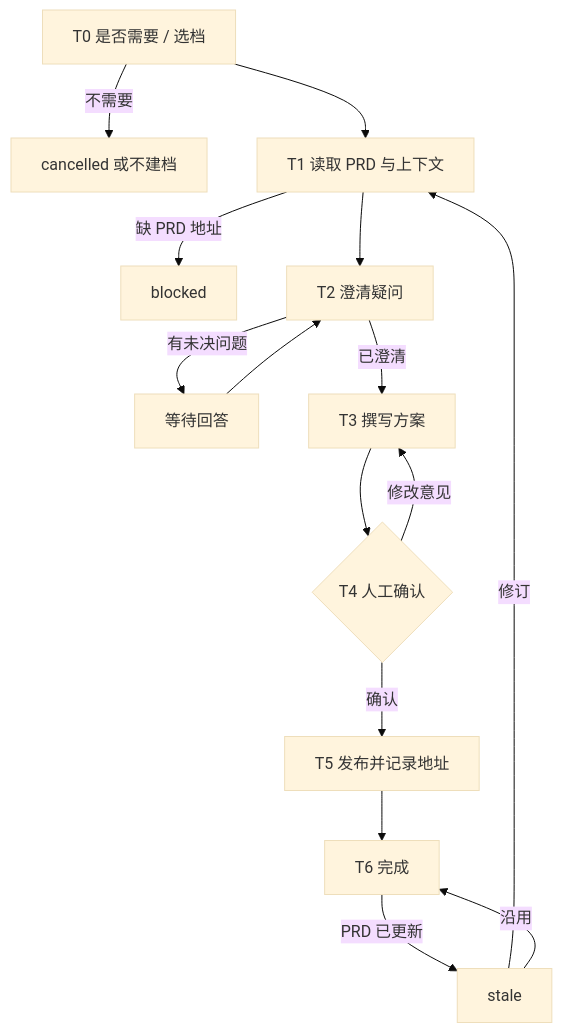
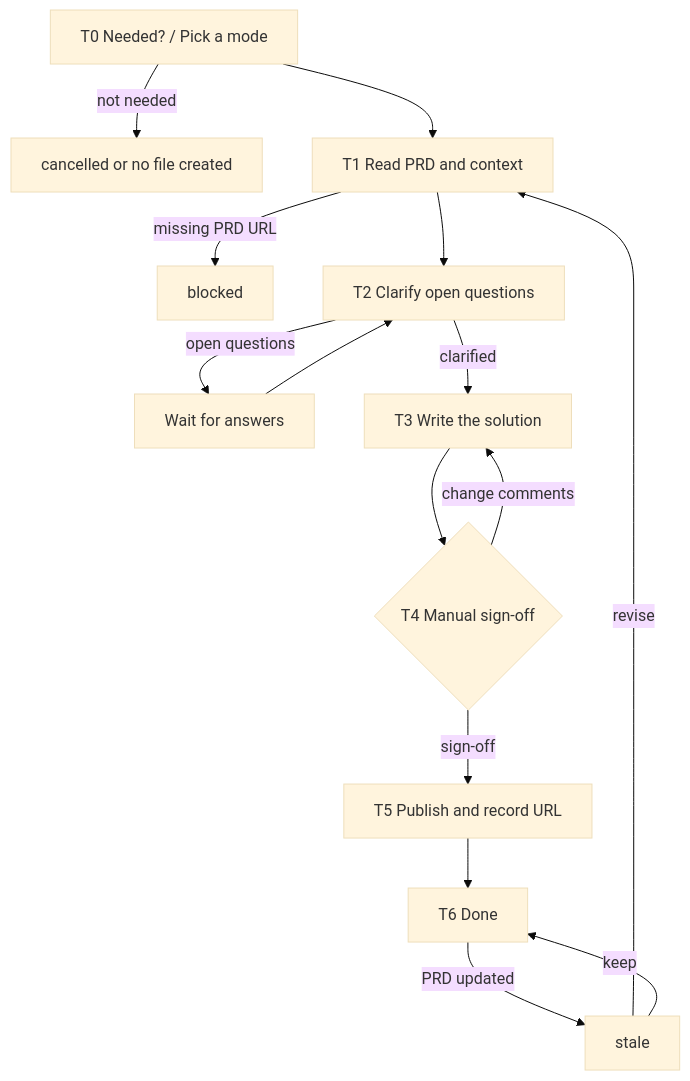
The diagram in .cursor/agents/tech-solution-agent.md (mjz-kevin/marriott), drawn with Mermaid (base theme) before and after one commit. The commit also changed other lines of this file and 17 other files, not shown here.

````diff
--- a/.cursor/agents/tech-solution-agent.md
+++ b/.cursor/agents/tech-solution-agent.md
@@ -212,17 +216,17 @@
 ```mermaid
 flowchart TD
-    T0["T0 是否需要 / 选档"] -->|"不需要"| X["cancelled 或不建档"]
-    T0 --> T1["T1 读取 PRD 与上下文"]
-    T1 -->|"缺 PRD 地址"| B["blocked"]
-    T1 --> T2["T2 澄清疑问"]
-    T2 -->|"有未决问题"| W["等待回答"]
+    T0["T0 Needed? / Pick a mode"] -->|"not needed"| X["cancelled or no file created"]
+    T0 --> T1["T1 Read PRD and context"]
+    T1 -->|"missing PRD URL"| B["blocked"]
+    T1 --> T2["T2 Clarify open questions"]
+    T2 -->|"open questions"| W["Wait for answers"]
     W --> T2
-    T2 -->|"已澄清"| T3["T3 撰写方案"]
-    T3 --> G{"T4 人工确认"}
-    G -->|"修改意见"| T3
-    G -->|"确认"| T5["T5 发布并记录地址"]
-    T5 --> D["T6 完成"]
-    D -->|"PRD 已更新"| ST["stale"]
-    ST -->|"修订"| T1
-    ST -->|"沿用"| D
+    T2 -->|"clarified"| T3["T3 Write the solution"]
+    T3 --> G{"T4 Manual sign-off"}
+    G -->|"change comments"| T3
+    G -->|"sign-off"| T5["T5 Publish and record URL"]
+    T5 --> D["T6 Done"]
+    D -->|"PRD updated"| ST["stale"]
+    ST -->|"revise"| T1
+    ST -->|"keep"| D
 ```
````
